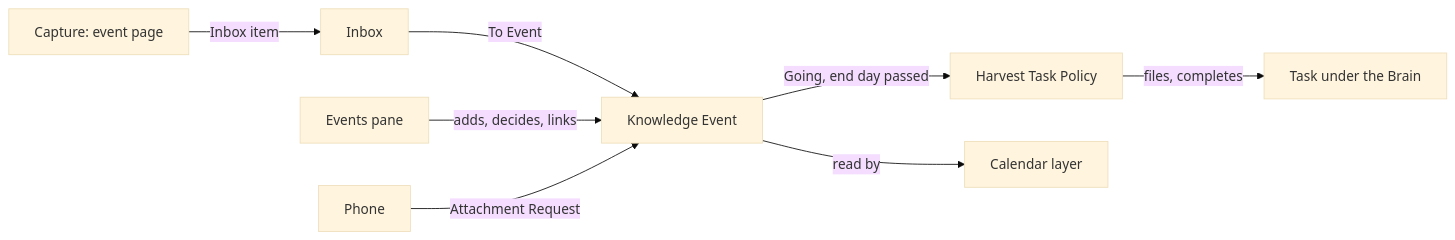
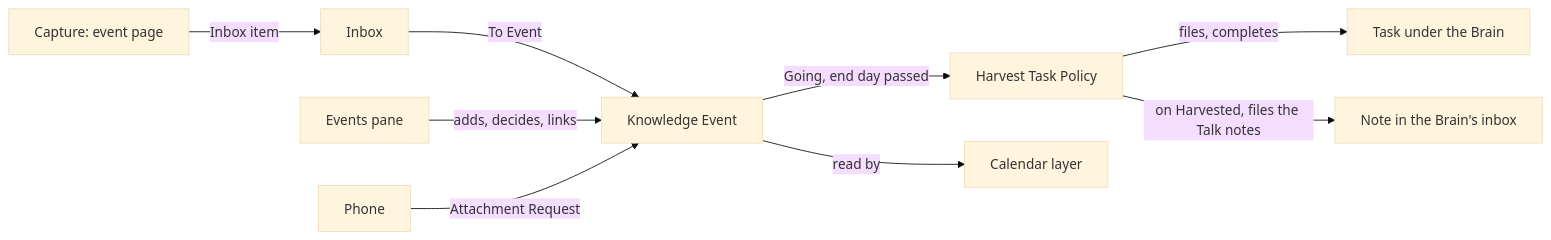
The diagram in .devbook/domain/events/context.md (JSdotNet/Backlog), drawn with Mermaid (base theme) before and after one commit. The commit also changed other lines of this file and 21 other files, not shown here.

First line of the commit message:
feat(events): file Talk notes into the Brain when an event is harvested

````diff
--- a/.devbook/domain/events/context.md
+++ b/.devbook/domain/events/context.md
@@ -36,10 +36,11 @@
 ```mermaid
 flowchart LR
     Capture["Capture: event page"] -->|Inbox item| Inbox
     Inbox -->|To Event| Event["Knowledge Event"]
     Pane["Events pane"] -->|adds, decides, links| Event
     Phone -->|Attachment Request| Event
     Event -->|Going, end day passed| Policy["Harvest Task Policy"]
     Policy -->|files, completes| Task["Task under the Brain"]
+    Policy -->|"on Harvested, files the Talk notes"| BrainNote["Note in the Brain's inbox"]
     Event -->|read by| Calendar["Calendar layer"]
 ```
````
